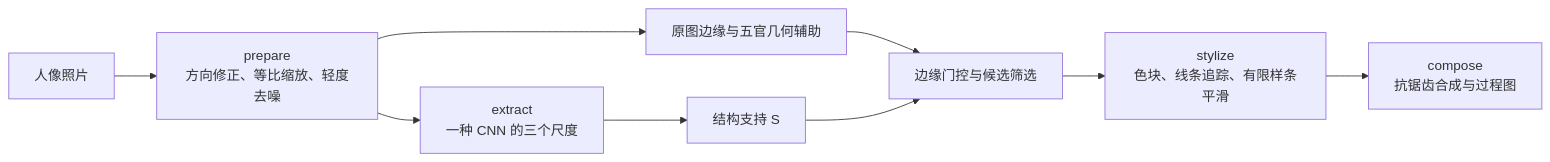
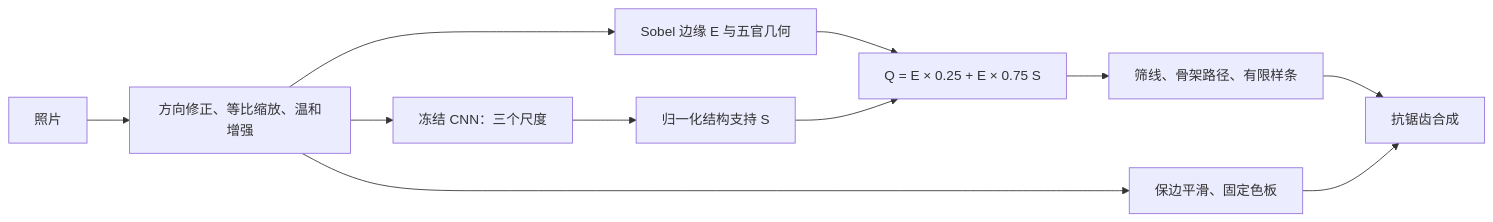
The diagram in projects/cnn_face_cartoon/README.md (Graygoo7529/course-notes), drawn with Mermaid before and after one commit. The commit also changed other lines of this file and 16 other files, not shown here.

````diff
--- a/projects/cnn_face_cartoon/README.md
+++ b/projects/cnn_face_cartoon/README.md
@@ -9,11 +33,13 @@
 ```mermaid
 flowchart LR
-    A[人像照片] --> B[prepare<br/>方向修正、等比缩放、轻度去噪]
-    B --> C[extract<br/>一种 CNN 的三个尺度]
-    B --> D[原图边缘与五官几何辅助]
-    C --> E[结构支持 S]
-    D --> F[边缘门控与候选筛选]
+    A[照片] --> B[方向修正、等比缩放、温和增强]
+    B --> C[冻结 CNN：三个尺度]
+    B --> D[Sobel 边缘 E 与五官几何]
+    C --> E[归一化结构支持 S]
+    D --> F[Q = E × 0.25 + E × 0.75 S]
     E --> F
-    F --> G[stylize<br/>色块、线条追踪、有限样条平滑]
-    G --> H[compose<br/>抗锯齿合成与过程图]
+    F --> G[筛线、骨架路径、有限样条]
+    B --> H[保边平滑、固定色板]
+    G --> I[抗锯齿合成]
+    H --> I
 ```
````
